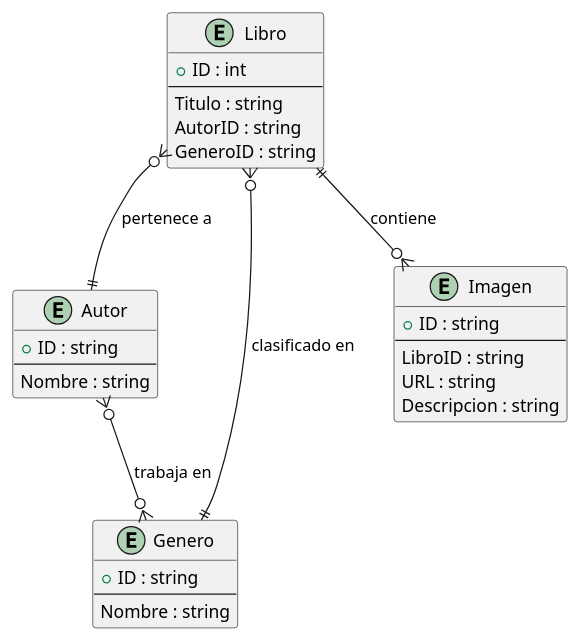
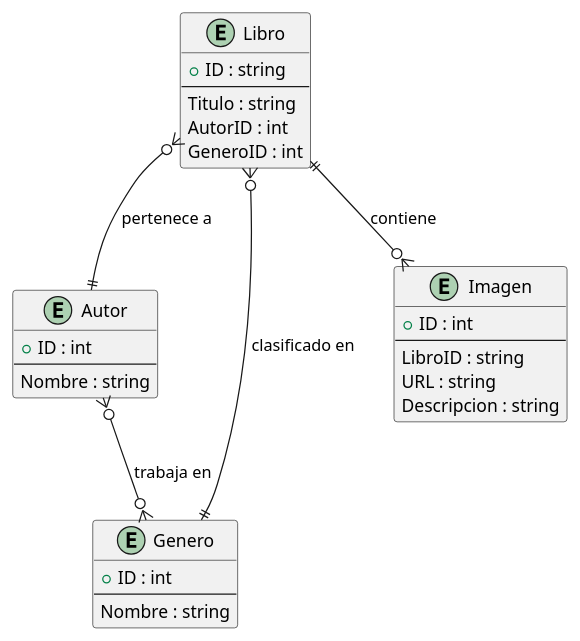
The diagram in web_workshop/material/applibros/docs/analisis/diagrams/erd.books.plantuml (cdvelop/aiep), drawn with PlantUML before and after one commit. The commit also changed 5 other files, not shown here.

```diff
--- a/web_workshop/material/applibros/docs/analisis/diagrams/erd.books.plantuml
+++ b/web_workshop/material/applibros/docs/analisis/diagrams/erd.books.plantuml
@@ -1,35 +1,35 @@
 @startuml
 entity Libro {
-+ID : int
++ID : string
 --
 Titulo : string
-AutorID : string
-GeneroID : string
+AutorID : int
+GeneroID : int
 }
 
 entity Autor {
-+ID : string
++ID : int
 --
 Nombre : string
 }
 
 entity Genero {
-+ID : string
++ID : int
 --
 Nombre : string
 }
 
 entity Imagen {
-+ID : string
++ID : int
 --
 LibroID : string
 URL : string
 Descripcion : string
 }
 
 Libro }o--|| Autor : pertenece a
 Libro }o--|| Genero : clasificado en
 Libro ||--o{ Imagen : contiene
 Autor }o--o{ Genero : trabaja en
 
 @enduml
```
